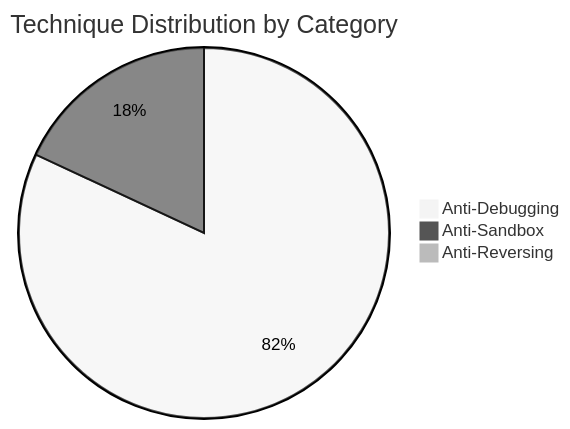
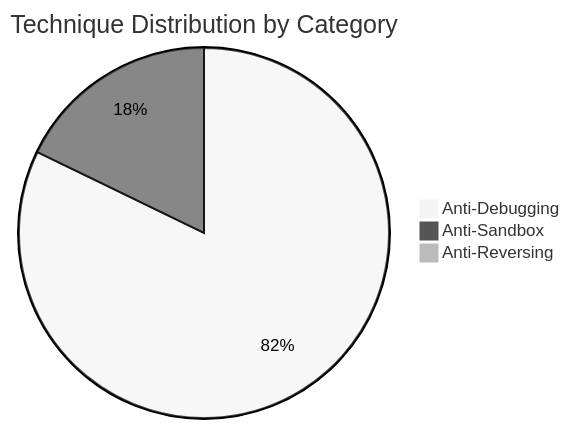
Before and after one commit to mabj/anti: the second of 8 diagrams in docs/diagrams/taxonomy.md, drawn with Mermaid (neutral theme). The commit also changed other lines of this file and 7 other files, not shown here.

First line of the commit message:
Adding new anti-debugging technique AD060

````diff
--- a/docs/diagrams/taxonomy.md
+++ b/docs/diagrams/taxonomy.md
@@ -34,6 +34,6 @@
 ```mermaid
 pie title Technique Distribution by Category
-    "Anti-Debugging" : 59
+    "Anti-Debugging" : 60
     "Anti-Sandbox" : 13
     "Anti-Reversing" : 0
 ```
````
